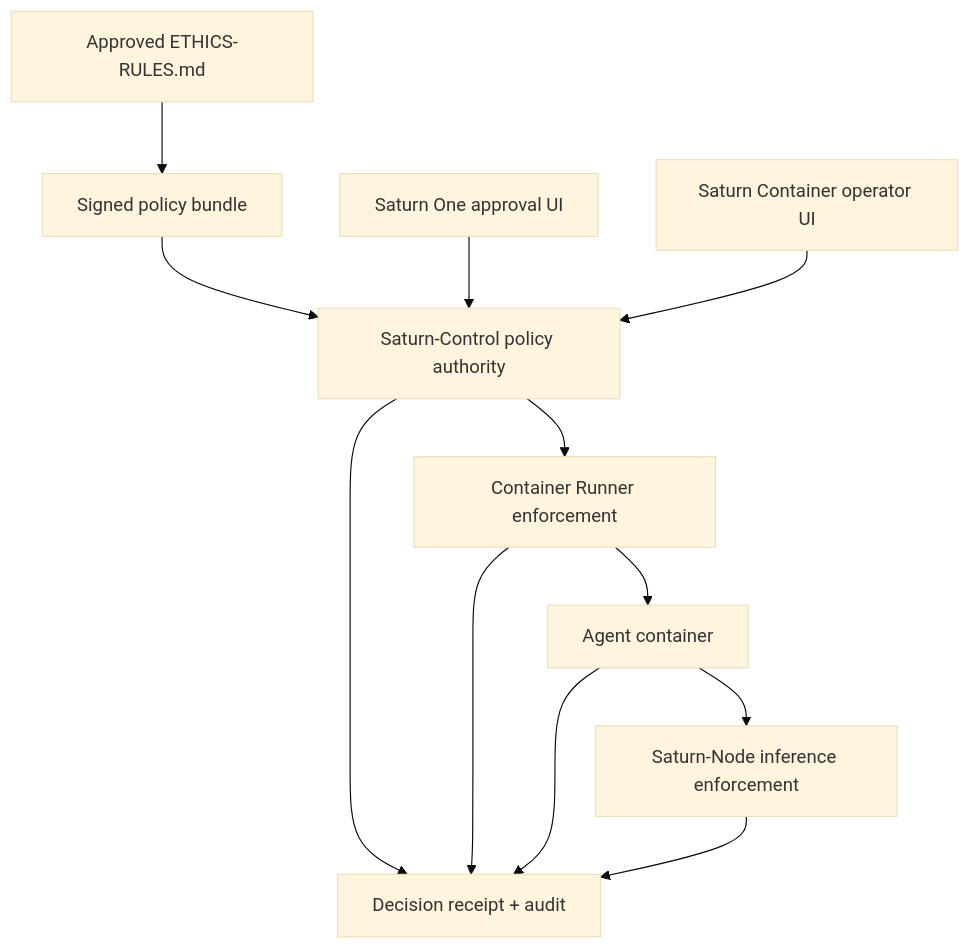
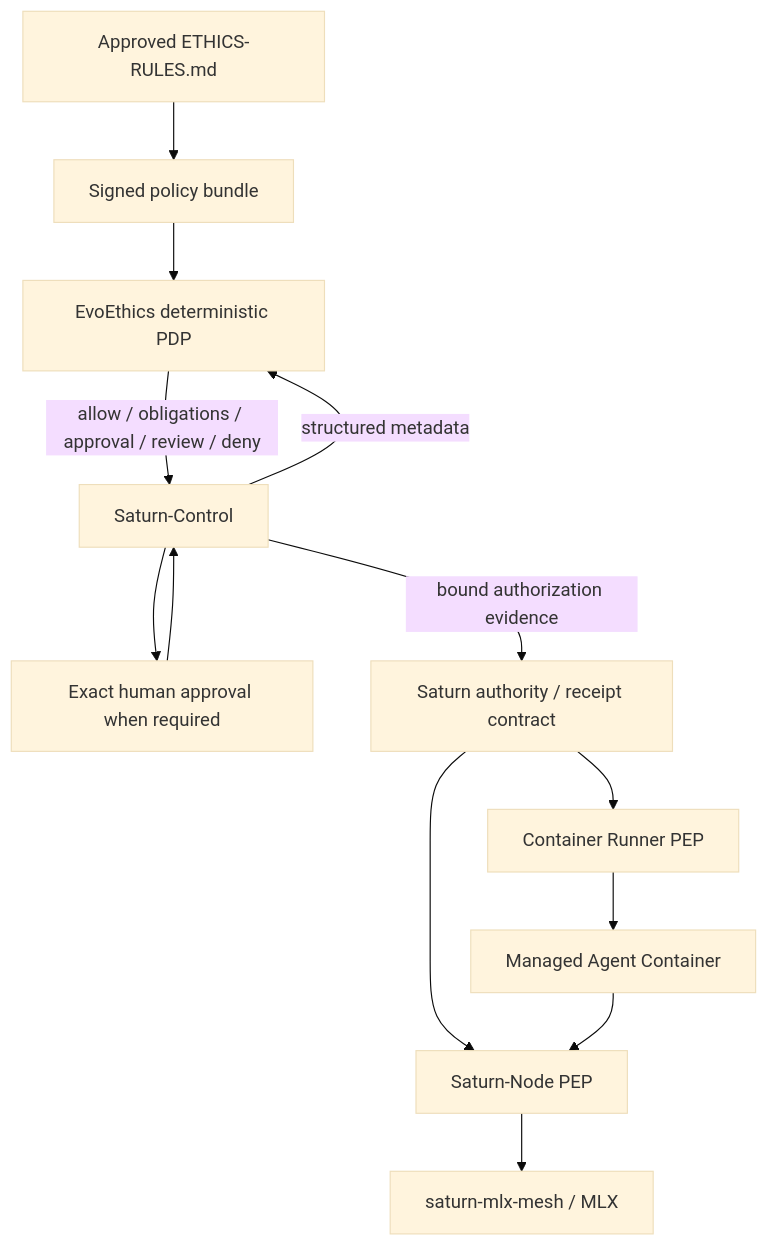
Before and after one commit to EvoCortexAI/evo-ethics-framework: the first of 4 diagrams in README.md, drawn with Mermaid (base theme). The commit also changed other lines of this file, not shown here.

Commit message:
docs: add EvoEthics governance diagrams

````diff
--- a/README.md
+++ b/README.md
@@ -24,14 +24,23 @@
 ```mermaid
 flowchart TD
-    Policy["Approved ETHICS-RULES.md"] --> Bundle["Signed policy bundle"]
-    Bundle --> Control["Saturn-Control policy authority"]
-    Control --> Runner["Container Runner enforcement"]
-    Runner --> Agent["Agent container"]
-    Agent --> Node["Saturn-Node inference enforcement"]
-    Control --> Audit["Decision receipt + audit"]
-    Runner --> Audit
-    Agent --> Audit
-    Node --> Audit
-    One["Saturn One approval UI"] --> Control
-    Container["Saturn Container operator UI"] --> Control
+    Policy[Approved ETHICS-RULES.md]
+    Bundle[Signed policy bundle]
+    PDP[EvoEthics deterministic PDP]
+    Control[Saturn-Control]
+    Approval[Exact human approval when required]
+    Authority[Saturn authority / receipt contract]
+    Runner[Container Runner PEP]
+    Agent[Managed Agent Container]
+    Node[Saturn-Node PEP]
+    Mesh[saturn-mlx-mesh / MLX]
+
+    Policy --> Bundle --> PDP
+    Control -->|structured metadata| PDP
+    PDP -->|allow / obligations / approval / review / deny| Control
+    Control --> Approval
+    Approval --> Control
+    Control -->|bound authorization evidence| Authority
+    Authority --> Runner
+    Authority --> Node
+    Runner --> Agent --> Node --> Mesh
 ```
````
